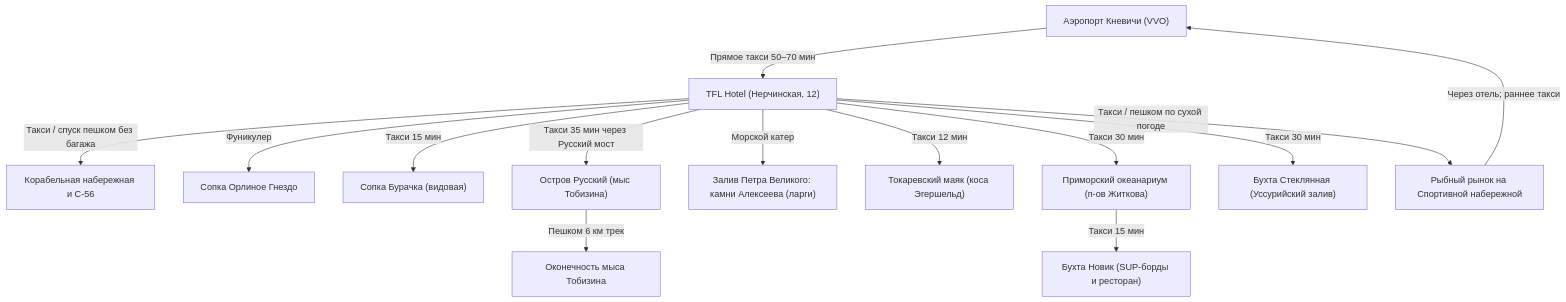
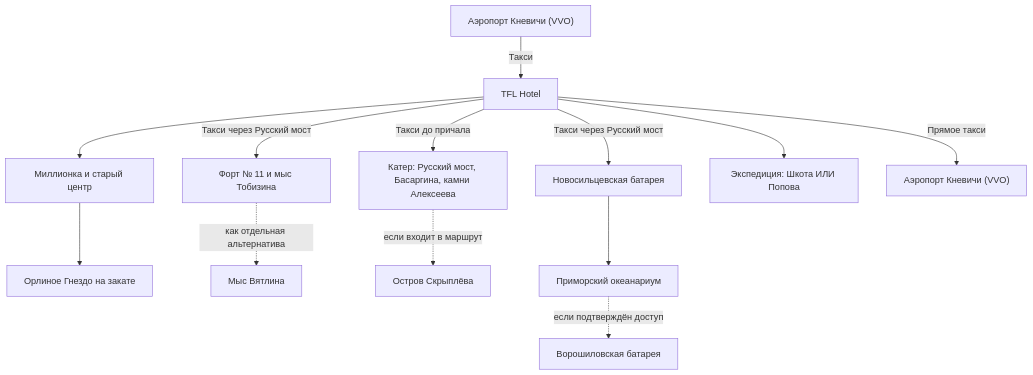
One commit to injurka/obsidian-mark changed the diagram in Personal Note/Travel/-- Владивосток/02 - Маршрутный план/Маршрутный план.md. Above: the diagram before and after it, drawn with Mermaid. The commit also changed other lines of this file and 47 other files, not shown here.

````diff
--- a/Personal Note/Travel/-- Владивосток/02 - Маршрутный план/Маршрутный план.md
+++ b/Personal Note/Travel/-- Владивосток/02 - Маршрутный план/Маршрутный план.md
@@ -48,16 +47,15 @@
 ```mermaid
 flowchart TD
-    A["Аэропорт Кневичи (VVO)"] -->|Прямое такси 50–70 мин| C["TFL Hotel (Нерчинская, 12)"]
-    C -->|Такси / спуск пешком без багажа| D["Корабельная набережная и С-56"]
-    C -->|Фуникулер| E["Сопка Орлиное Гнездо"]
-    C -->|Такси 15 мин| F["Сопка Бурачка (видовая)"]
-    C -->|Такси 35 мин через Русский мост| G["Остров Русский (мыс Тобизина)"]
-    G -->|Пешком 6 км трек| H["Оконечность мыса Тобизина"]
-    C -->|Морской катер| I["Залив Петра Великого: камни Алексеева (ларги)"]
-    C -->|Такси 12 мин| J["Токаревский маяк (коса Эгершельд)"]
-    C -->|Такси 30 мин| K["Приморский океанариум (п-ов Житкова)"]
-    K -->|Такси 15 мин| L["Бухта Новик (SUP-борды и ресторан)"]
-    C -->|Такси 30 мин| M["Бухта Стеклянная (Уссурийский залив)"]
-    C -->|Такси / пешком по сухой погоде| N["Рыбный рынок на Спортивной набережной"]
-    N -->|Через отель; раннее такси| A
+    A["Аэропорт Кневичи (VVO)"] -->|Такси| B["TFL Hotel"]
+    B --> C["Миллионка и старый центр"]
+    C --> D["Орлиное Гнездо на закате"]
+    B -->|Такси через Русский мост| E["Форт № 11 и мыс Тобизина"]
+    E -. "как отдельная альтернатива" .-> F["Мыс Вятлина"]
+    B -->|Такси до причала| G["Катер: Русский мост, Басаргина, камни Алексеева"]
+    G -. "если входит в маршрут" .-> H["Остров Скрыплёва"]
+    B -->|Такси через Русский мост| I["Новосильцевская батарея"]
+    I --> J["Приморский океанариум"]
+    J -. "если подтверждён доступ" .-> K["Ворошиловская батарея"]
+    B --> L["Экспедиция: Шкота ИЛИ Попова"]
+    B -->|Прямое такси| M["Аэропорт Кневичи (VVO)"]
 ```
````
